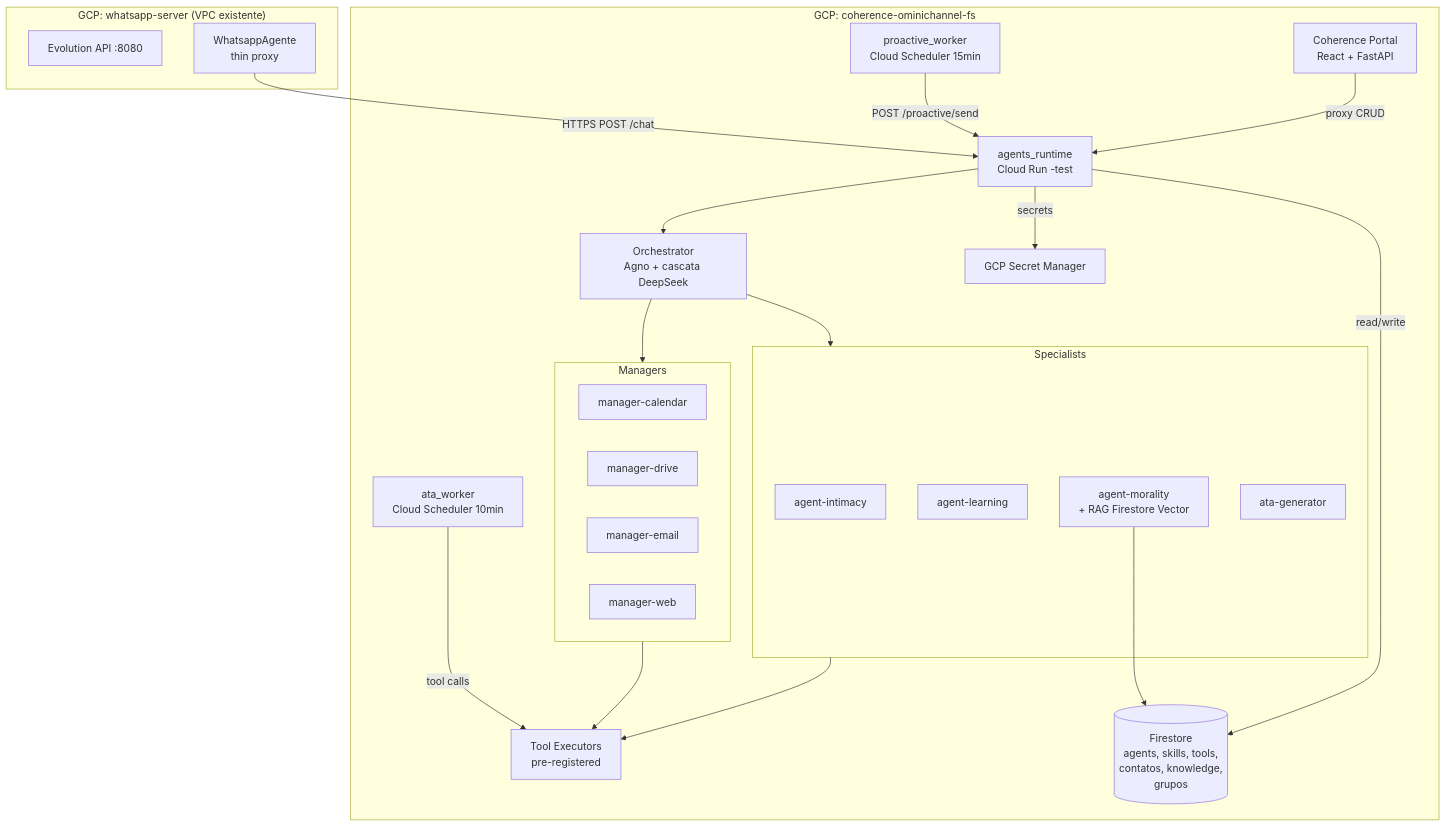
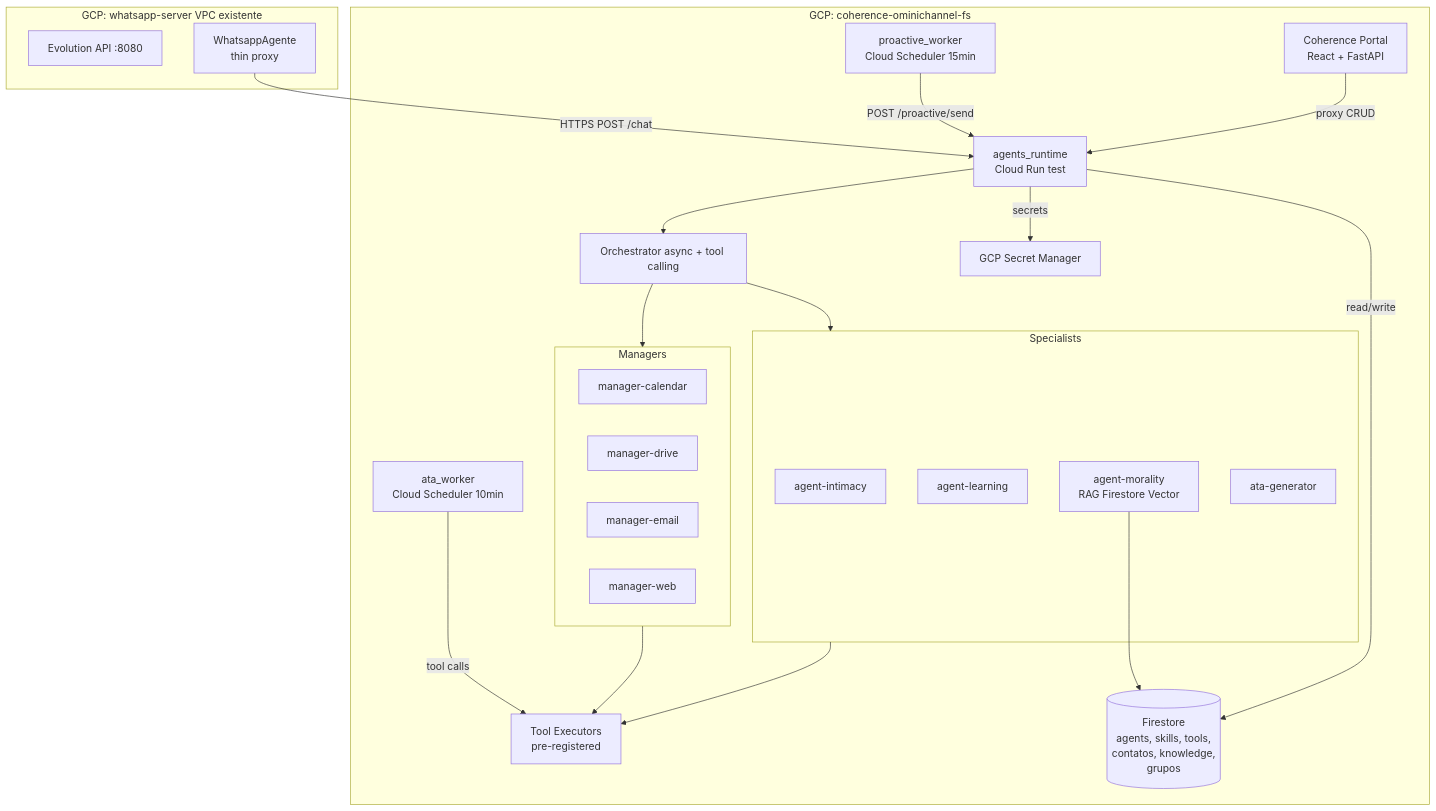
The first of 3 diagrams in docs/ARQUITETURA.md (viniciusbritor/ChatBotWhatsapp), drawn with Mermaid before and after one commit. The commit also changed other lines of this file and 43 other files, not shown here.

Commit message:
feat: stabilize RAG agents and audio

````diff
--- a/docs/ARQUITETURA.md
+++ b/docs/ARQUITETURA.md
@@ -36,47 +36,47 @@
 ```mermaid
 flowchart TB
-    subgraph WS["GCP: whatsapp-server (VPC existente)"]
-        EVO[Evolution API :8080]
-        WA[WhatsappAgente<br/>thin proxy]
+    subgraph WS["GCP: whatsapp-server VPC existente"]
+        EVO["Evolution API :8080"]
+        WA["WhatsappAgente<br/>thin proxy"]
     end
 
     subgraph FS["GCP: coherence-ominichannel-fs"]
-        AR[agents_runtime<br/>Cloud Run -test]
-        ORCH[Orchestrator<br/>Agno + cascata DeepSeek]
-        TOOLS[Tool Executors<br/>pre-registered]
+        AR["agents_runtime<br/>Cloud Run test"]
+        ORCH["Orchestrator async + tool calling"]
+        TOOLS["Tool Executors<br/>pre-registered"]
 
         subgraph SPECIALISTS["Specialists"]
-            INT[agent-intimacy]
-            LRN[agent-learning]
-            MOR[agent-morality<br/>+ RAG Firestore Vector]
-            ATA[ata-generator]
+            INT["agent-intimacy"]
+            LRN["agent-learning"]
+            MOR["agent-morality<br/>RAG Firestore Vector"]
+            ATA["ata-generator"]
         end
 
         subgraph MANAGERS["Managers"]
-            MC[manager-calendar]
-            MD[manager-drive]
-            ME[manager-email]
-            MW[manager-web]
+            MC["manager-calendar"]
+            MD["manager-drive"]
+            ME["manager-email"]
+            MW["manager-web"]
         end
 
-        PRO[proactive_worker<br/>Cloud Scheduler 15min]
-        ATW[ata_worker<br/>Cloud Scheduler 10min]
+        PRO["proactive_worker<br/>Cloud Scheduler 15min"]
+        ATW["ata_worker<br/>Cloud Scheduler 10min"]
 
-        PORTAL[Coherence Portal<br/>React + FastAPI]
-        FS_DB[(Firestore<br/>agents, skills, tools,<br/>contatos, knowledge,<br/>grupos)]
-        SM[GCP Secret Manager]
+        PORTAL["Coherence Portal<br/>React + FastAPI"]
+        FS_DB[("Firestore<br/>agents, skills, tools,<br/>contatos, knowledge,<br/>grupos")]
+        SM["GCP Secret Manager"]
     end
 
-    WA -- HTTPS POST /chat --> AR
+    WA -->|"HTTPS POST /chat"| AR
     AR --> ORCH
     ORCH --> MANAGERS
     ORCH --> SPECIALISTS
     MANAGERS --> TOOLS
     SPECIALISTS --> TOOLS
     MOR --> FS_DB
-    PRO -- POST /proactive/send --> AR
-    ATW -- tool calls --> TOOLS
-    PORTAL -- proxy CRUD --> AR
-    AR -- read/write --> FS_DB
-    AR -- secrets --> SM
+    PRO -->|"POST /proactive/send"| AR
+    ATW -->|"tool calls"| TOOLS
+    PORTAL -->|"proxy CRUD"| AR
+    AR -->|"read/write"| FS_DB
+    AR -->|"secrets"| SM
 ```
````
